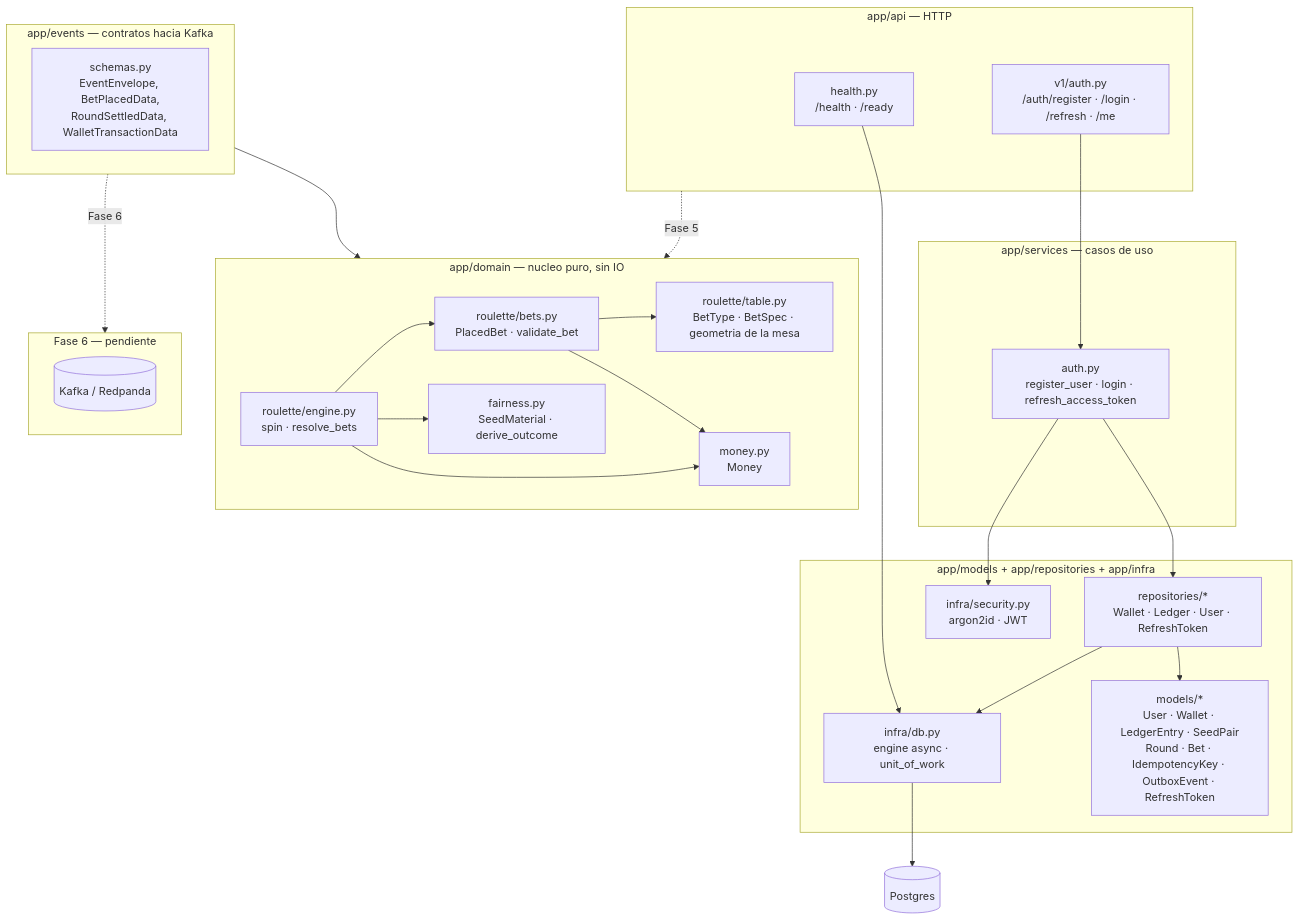
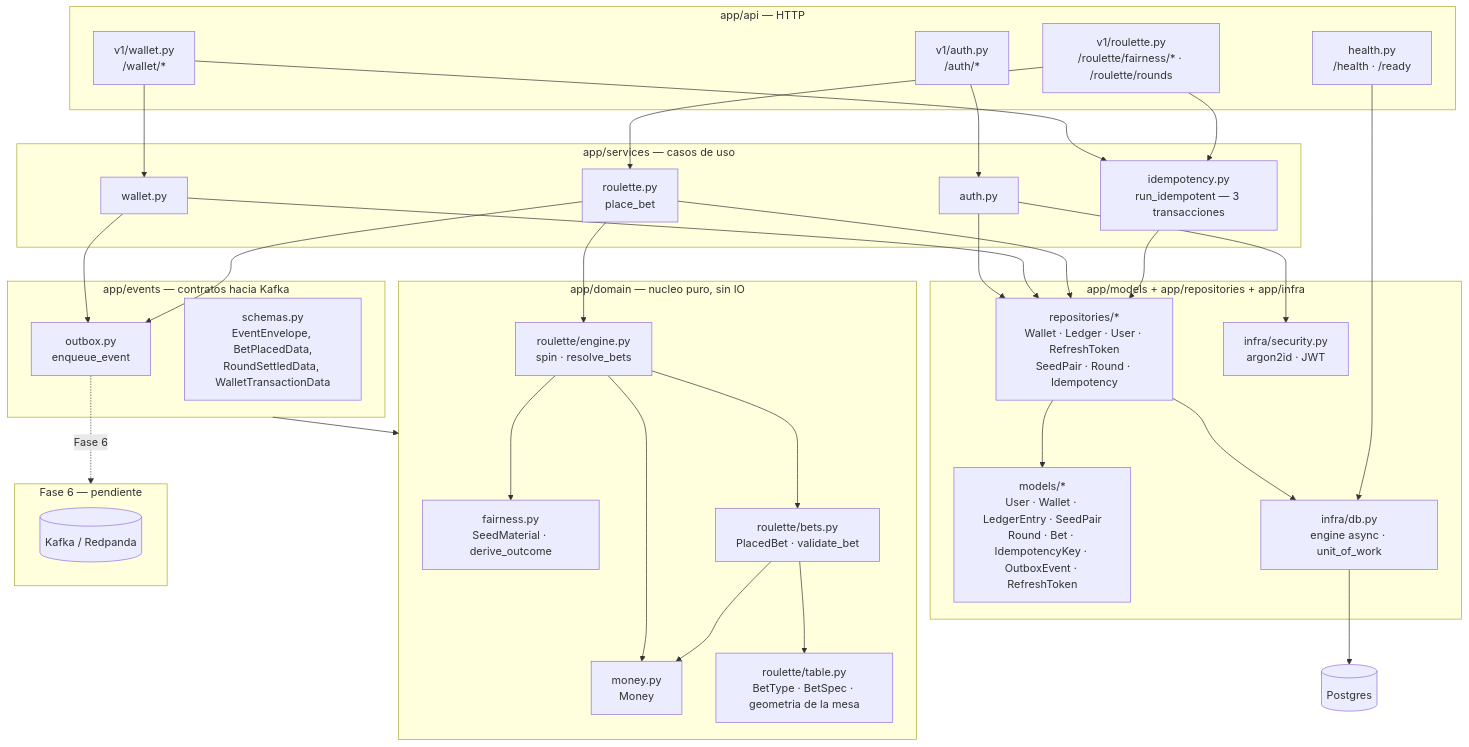
Before and after one commit to alexander-tinoco/theclub-api: the first of 6 diagrams in README.md, drawn with Mermaid. The commit also changed other lines of this file and 24 other files, not shown here.

````diff
--- a/README.md
+++ b/README.md
@@ -82,54 +91,69 @@
 ```mermaid
 flowchart TB
     subgraph API["app/api — HTTP"]
         health["health.py<br/>/health · /ready"]
-        authapi["v1/auth.py<br/>/auth/register · /login · /refresh · /me"]
+        authapi["v1/auth.py<br/>/auth/*"]
+        rouletteapi["v1/roulette.py<br/>/roulette/fairness/* · /roulette/rounds"]
+        walletapi["v1/wallet.py<br/>/wallet/*"]
     end
 
     subgraph SERVICES["app/services — casos de uso"]
-        authsvc["auth.py<br/>register_user · login · refresh_access_token"]
+        authsvc["auth.py"]
+        roulettesvc["roulette.py<br/>place_bet"]
+        walletsvc["wallet.py"]
+        idempotencysvc["idempotency.py<br/>run_idempotent — 3 transacciones"]
     end
 
     subgraph EVENTS["app/events — contratos hacia Kafka"]
         schemas["schemas.py<br/>EventEnvelope, BetPlacedData,<br/>RoundSettledData, WalletTransactionData"]
+        outbox["outbox.py<br/>enqueue_event"]
     end
 
     subgraph DOMAIN["app/domain — nucleo puro, sin IO"]
         money["money.py<br/>Money"]
         fairness["fairness.py<br/>SeedMaterial · derive_outcome"]
         table["roulette/table.py<br/>BetType · BetSpec · geometria de la mesa"]
         bets["roulette/bets.py<br/>PlacedBet · validate_bet"]
         engine["roulette/engine.py<br/>spin · resolve_bets"]
     end
 
     subgraph PERSISTENCE["app/models + app/repositories + app/infra"]
         models["models/*<br/>User · Wallet · LedgerEntry · SeedPair<br/>Round · Bet · IdempotencyKey · OutboxEvent · RefreshToken"]
-        repos["repositories/*<br/>Wallet · Ledger · User · RefreshToken"]
+        repos["repositories/*<br/>Wallet · Ledger · User · RefreshToken<br/>SeedPair · Round · Idempotency"]
         db_infra["infra/db.py<br/>engine async · unit_of_work"]
         security["infra/security.py<br/>argon2id · JWT"]
     end
 
     subgraph KAFKA["Fase 6 — pendiente"]
         kafka[("Kafka / Redpanda")]
     end
 
     postgres[("Postgres")]
 
     EVENTS --> DOMAIN
     authapi --> authsvc
+    rouletteapi --> idempotencysvc
+    rouletteapi --> roulettesvc
+    walletapi --> idempotencysvc
+    walletapi --> walletsvc
+    idempotencysvc --> repos
+    roulettesvc --> engine
+    roulettesvc --> repos
+    roulettesvc --> outbox
+    walletsvc --> repos
+    walletsvc --> outbox
     authsvc --> repos
     authsvc --> security
     health --> db_infra
-    API -. Fase 5 .-> DOMAIN
-    EVENTS -. Fase 6 .-> KAFKA
+    outbox -. Fase 6 .-> KAFKA
 
     repos --> models
     repos --> db_infra
     db_infra --> postgres
 
     bets --> table
     bets --> money
     engine --> bets
     engine --> fairness
     engine --> money
 ```
````
